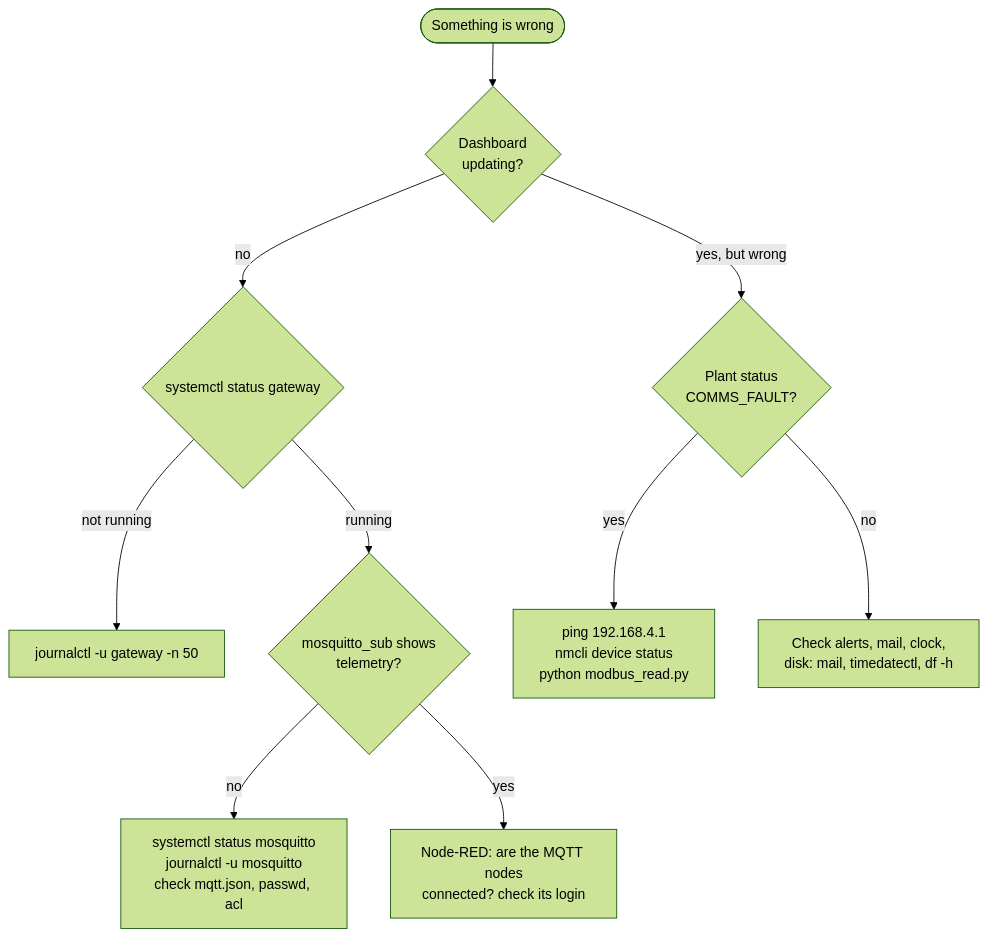
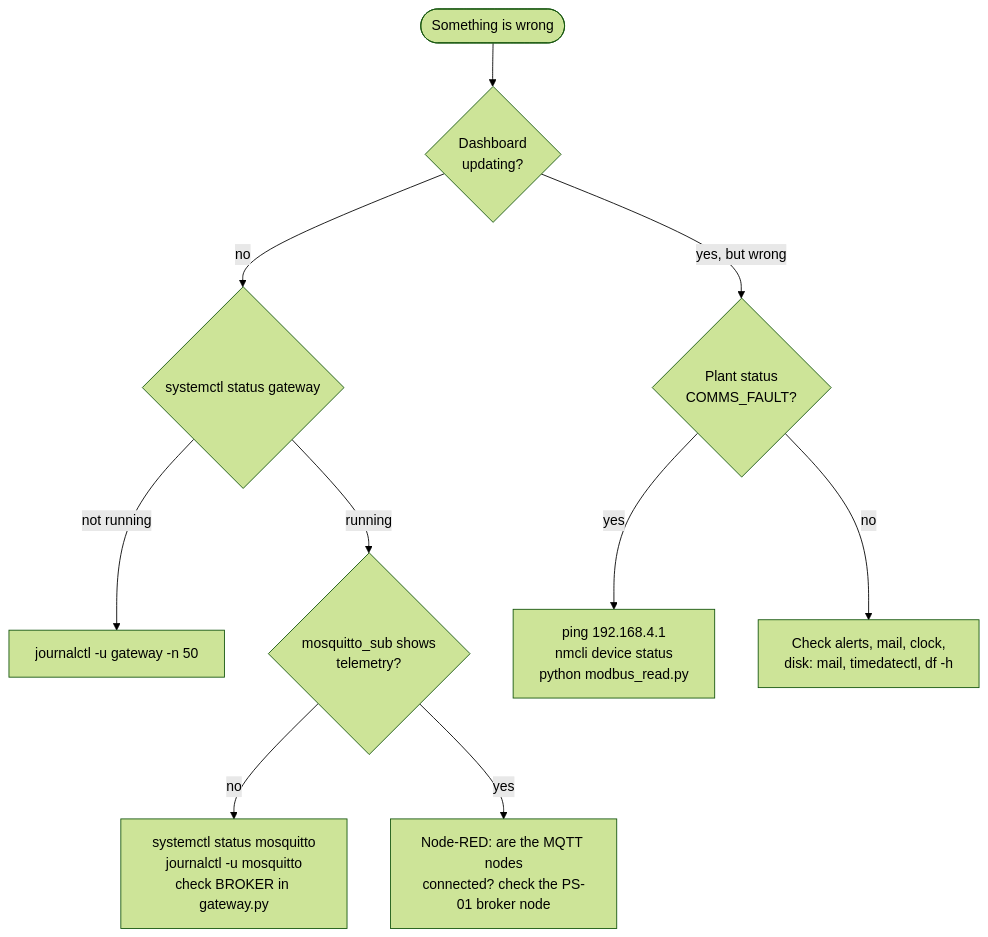
Before and after one commit to luqmanyusof/industrial-iot-raspberry-pi: the fourth of 4 diagrams in day3.md, drawn with Mermaid (forest theme). The commit also changed other lines of this file and 34 other files, not shown here.

First line of the commit message:
Basic MQTT, Node-RED pump controls built by hand, GPIO basics on Day 1

````diff
--- a/day3.md
+++ b/day3.md
@@ -572,12 +575,12 @@
 ```mermaid
 flowchart TD
     s(["Something is wrong"]) --> d{"Dashboard<br/>updating?"}
     d -- "no" --> g{"systemctl status gateway"}
     g -- "not running" --> j["journalctl -u gateway -n 50"]
     g -- "running" --> m{"mosquitto_sub shows<br/>telemetry?"}
-    m -- "no" --> mb["systemctl status mosquitto<br/>journalctl -u mosquitto<br/>check mqtt.json, passwd, acl"]
-    m -- "yes" --> nr["Node-RED: are the MQTT nodes<br/>connected? check its login"]
+    m -- "no" --> mb["systemctl status mosquitto<br/>journalctl -u mosquitto<br/>check BROKER in gateway.py"]
+    m -- "yes" --> nr["Node-RED: are the MQTT nodes<br/>connected? check the PS-01 broker node"]
     d -- "yes, but wrong" --> p{"Plant status<br/>COMMS_FAULT?"}
     p -- "yes" --> pl["ping 192.168.4.1<br/>nmcli device status<br/>python modbus_read.py"]
     p -- "no" --> o["Check alerts, mail, clock,<br/>disk: mail, timedatectl, df -h"]
 ```
````
